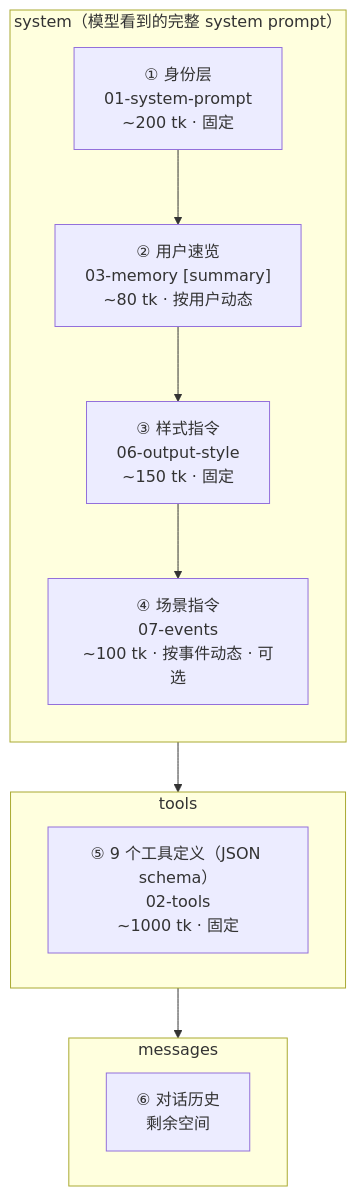
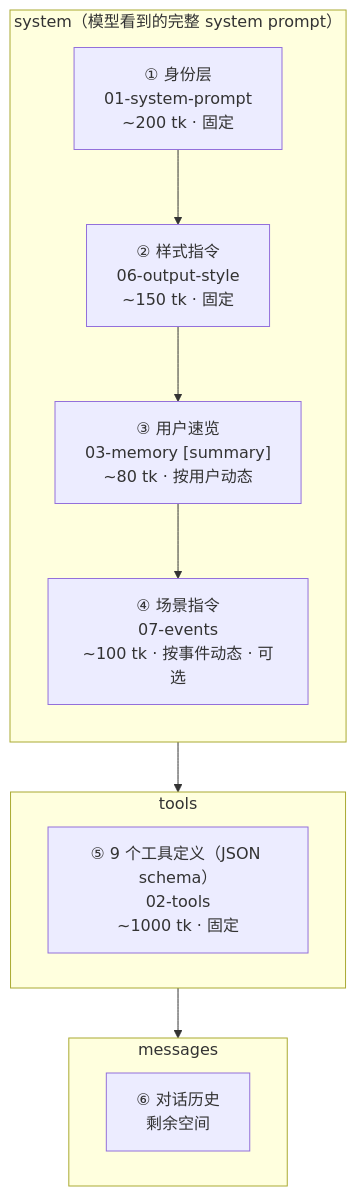
One commit to Trendolhxh/test changed the diagram in isho-agent/04-context-assembly.md. Above: the diagram before and after it, drawn with Mermaid. The commit also changed other lines of this file, not shown here.

````diff
--- a/isho-agent/04-context-assembly.md
+++ b/isho-agent/04-context-assembly.md
@@ -10,21 +10,21 @@
 ```mermaid
 flowchart TD
     subgraph SYSTEM["system（模型看到的完整 system prompt）"]
         direction TB
         S1["① 身份层\n01-system-prompt\n~200 tk · 固定"]
-        S2["② 用户速览\n03-memory [summary]\n~80 tk · 按用户动态"]
-        S3["③ 样式指令\n06-output-style\n~150 tk · 固定"]
+        S2["② 样式指令\n06-output-style\n~150 tk · 固定"]
+        S3["③ 用户速览\n03-memory [summary]\n~80 tk · 按用户动态"]
         S4["④ 场景指令\n07-events\n~100 tk · 按事件动态 · 可选"]
         S1 --> S2 --> S3 --> S4
     end
 
     subgraph TOOLS["tools"]
         T1["⑤ 9 个工具定义（JSON schema）\n02-tools\n~1000 tk · 固定"]
     end
 
     subgraph MESSAGES["messages"]
         M1["⑥ 对话历史\n剩余空间"]
     end
 
     SYSTEM --> TOOLS --> MESSAGES
 ```
````
